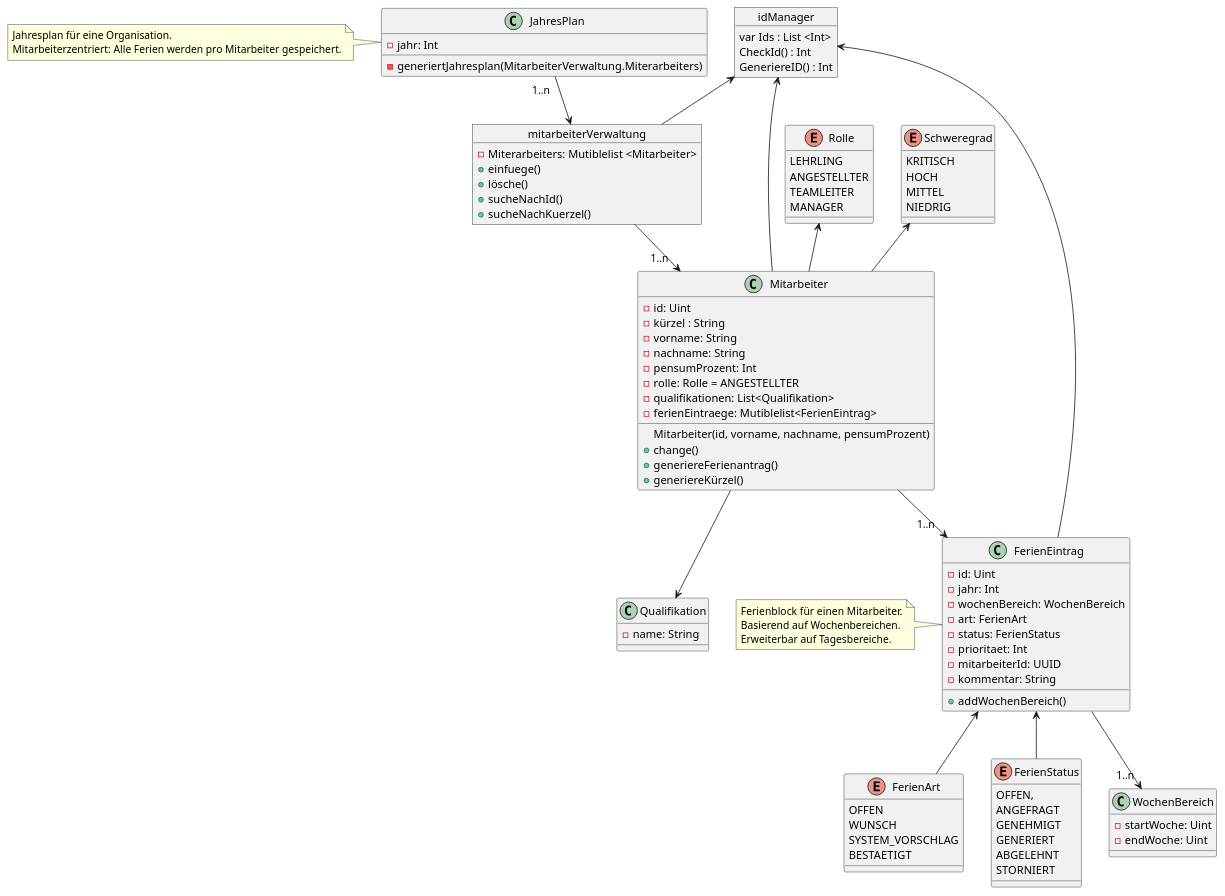
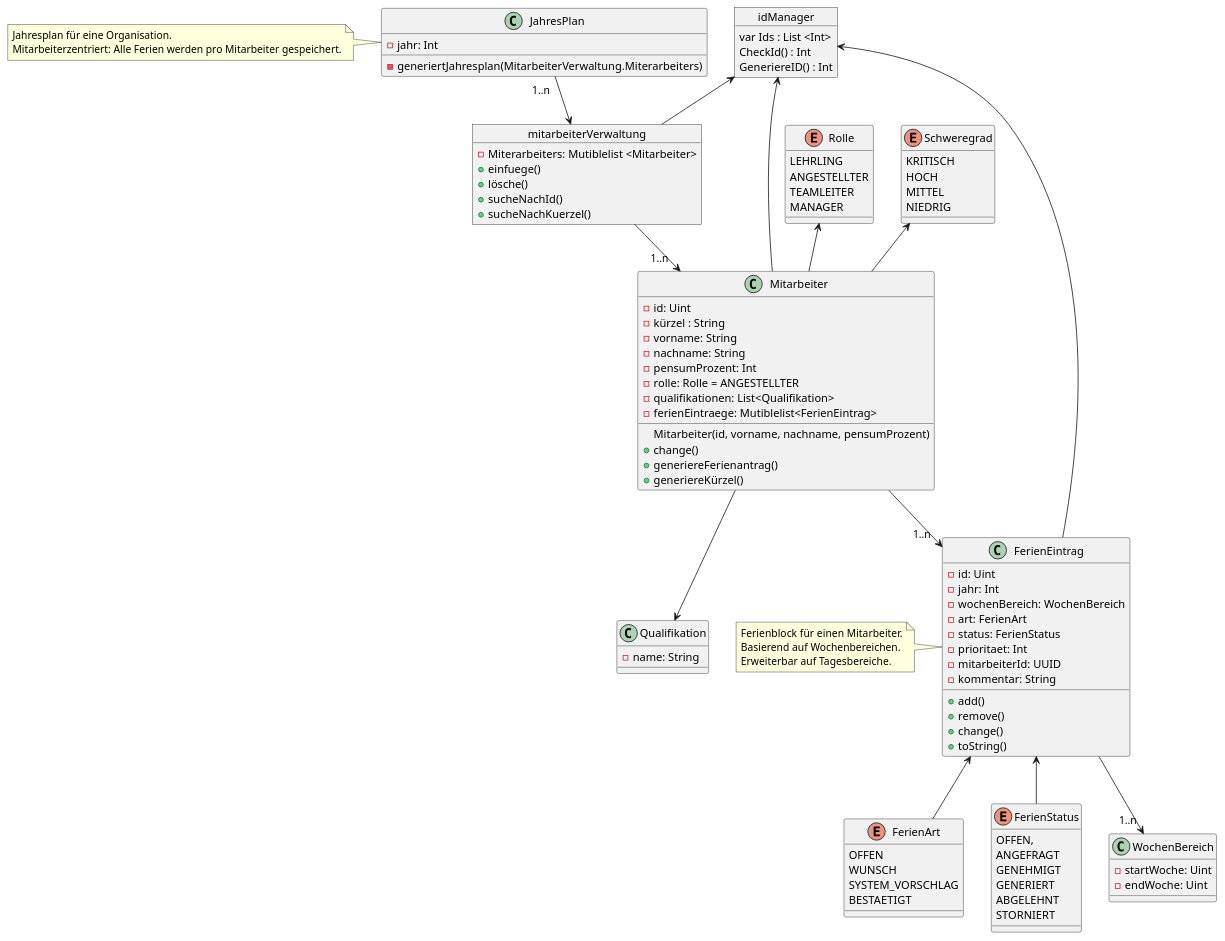
One commit to TheMorrisino/Semesterarbeiten_NDS_ABBTS changed the diagram in 1_Semesterarbeit/Ressourcix/doc/Ressourcix_Struktur_Deutsch_V0.2.puml. Above: the diagram before and after it, drawn with PlantUML. The commit also changed 3 other files, not shown here.

Commit message:
Klassen Diagramm angepasst FerienEintrag und Klasse Freie  Frse FerienEintrag Überarbeitet

```diff
--- a/1_Semesterarbeit/Ressourcix/doc/Ressourcix_Struktur_Deutsch_V0.2.puml
+++ b/1_Semesterarbeit/Ressourcix/doc/Ressourcix_Struktur_Deutsch_V0.2.puml
@@ -1,130 +1,133 @@
 @startuml
 
 ' =========================
 ' Basis-Werteobjekte & Enums
 ' =========================
 enum Rolle {
   LEHRLING
   ANGESTELLTER
   TEAMLEITER
   MANAGER
 }
 
 enum FerienArt {
   OFFEN
   WUNSCH
   SYSTEM_VORSCHLAG
   BESTAETIGT
 }
 
 enum FerienStatus {
   OFFEN,
   ANGEFRAGT
   GENEHMIGT
   GENERIERT
   ABGELEHNT
   STORNIERT
 }
 
 enum Schweregrad {
   KRITISCH
   HOCH
   MITTEL
   NIEDRIG
 }
 
 class Qualifikation {
   - name: String
 }
 
 ' =========================
 ' Kern-Domäne
 ' =========================
 
 
 class JahresPlan {
     - jahr: Int
     - generiertJahresplan(MitarbeiterVerwaltung.Miterarbeiters)
 }
 
 object mitarbeiterVerwaltung{
      - Miterarbeiters: Mutiblelist <Mitarbeiter>
      + einfuege()
      + lösche()
      + sucheNachId()
      + sucheNachKuerzel()
 }
 
 class Mitarbeiter {
   - id: Uint
   - kürzel : String
   - vorname: String
   - nachname: String
   - pensumProzent: Int
   - rolle: Rolle = ANGESTELLTER
   - qualifikationen: List<Qualifikation>
   - ferienEintraege: Mutiblelist<FerienEintrag>
   Mitarbeiter(id, vorname, nachname, pensumProzent)
   + change()
   + generiereFerienantrag()
   + generiereKürzel()
 }
 
 class FerienEintrag {
   - id: Uint
   - jahr: Int
   - wochenBereich: WochenBereich
   - art: FerienArt
   - status: FerienStatus
   - prioritaet: Int
   - mitarbeiterId: UUID
   - kommentar: String
-  + addWochenBereich()
+  + add()
+  + remove()
+  + change()
+  + toString()
 }
 
 class WochenBereich {
   - startWoche: Uint
   - endWoche: Uint
 }
 
 object idManager {
     var Ids : List <Int>
     CheckId() : Int
     GeneriereID() : Int
 }
 
 ' =========================
 ' Beziehungen
 ' =========================
 
 JahresPlan "1..n  " -->  mitarbeiterVerwaltung
 mitarbeiterVerwaltung --> "1..n  " Mitarbeiter
 Mitarbeiter --> "1..n  "  FerienEintrag
 Mitarbeiter  -->   Qualifikation
 FerienEintrag  --> "1..n "  WochenBereich
 
 idManager  <--   mitarbeiterVerwaltung
 idManager  <--   FerienEintrag
 idManager  <--   Mitarbeiter
 
 Rolle <-- Mitarbeiter
 Schweregrad <-- Mitarbeiter
 
 FerienEintrag <-- FerienArt
 FerienEintrag <-- FerienStatus
 
 
 note left of JahresPlan
   Jahresplan für eine Organisation.
   Mitarbeiterzentriert: Alle Ferien werden pro Mitarbeiter gespeichert.
 end note
 
 note left of FerienEintrag
   Ferienblock für einen Mitarbeiter.
   Basierend auf Wochenbereichen.
   Erweiterbar auf Tagesbereiche.
 end note
 
 
 
 @enduml
```
